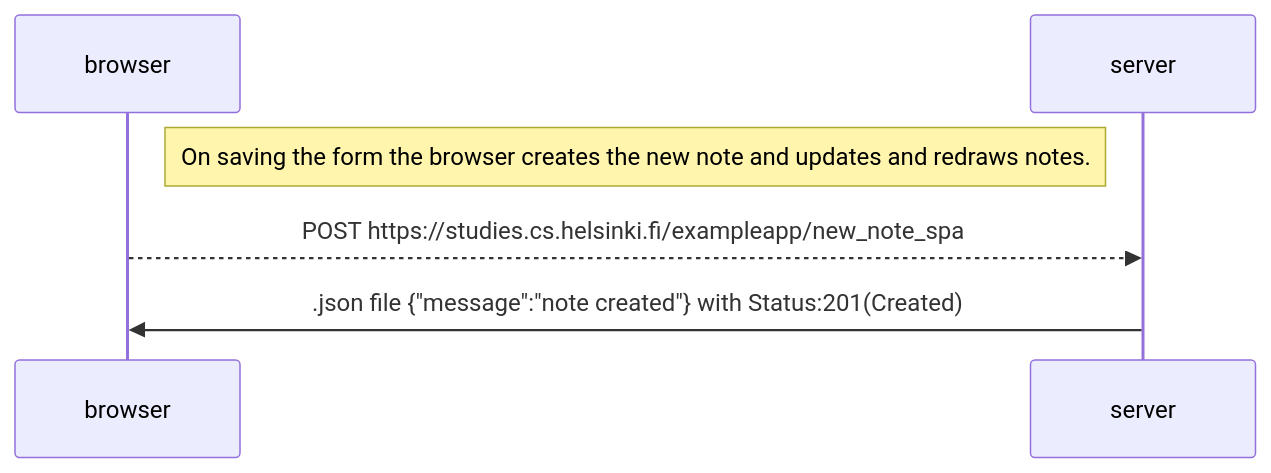
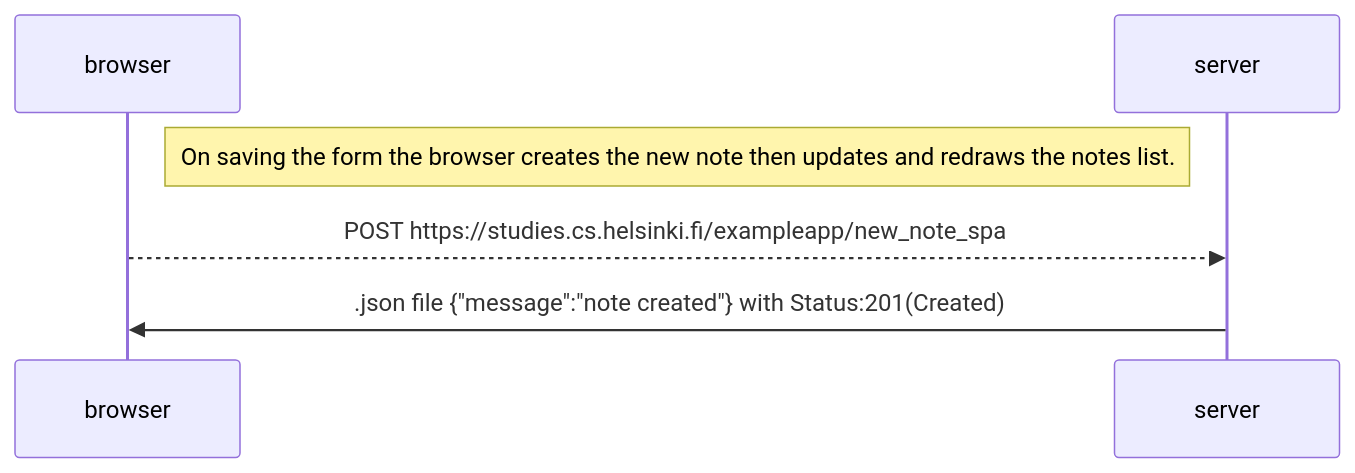
One commit to elksim/mooc_fullstackopen changed the diagram in part0/0.6.md. Above: the diagram before and after it, drawn with Mermaid. The commit also changed 11 other files, not shown here.

````diff
--- a/part0/0.6.md
+++ b/part0/0.6.md
@@ -2,9 +2,9 @@
 ```mermaid
     sequenceDiagram
         participant browser
         participant server
 
-        Note right of browser: On saving the form the browser creates the new note and updates and redraws notes.
+        Note right of browser: On saving the form the browser creates the new note then updates and redraws the notes list.
         browser-->>server: POST https://studies.cs.helsinki.fi/exampleapp/new_note_spa
         server->>browser: .json file {"message":"note created"} with Status:201(Created)
 ```
````
